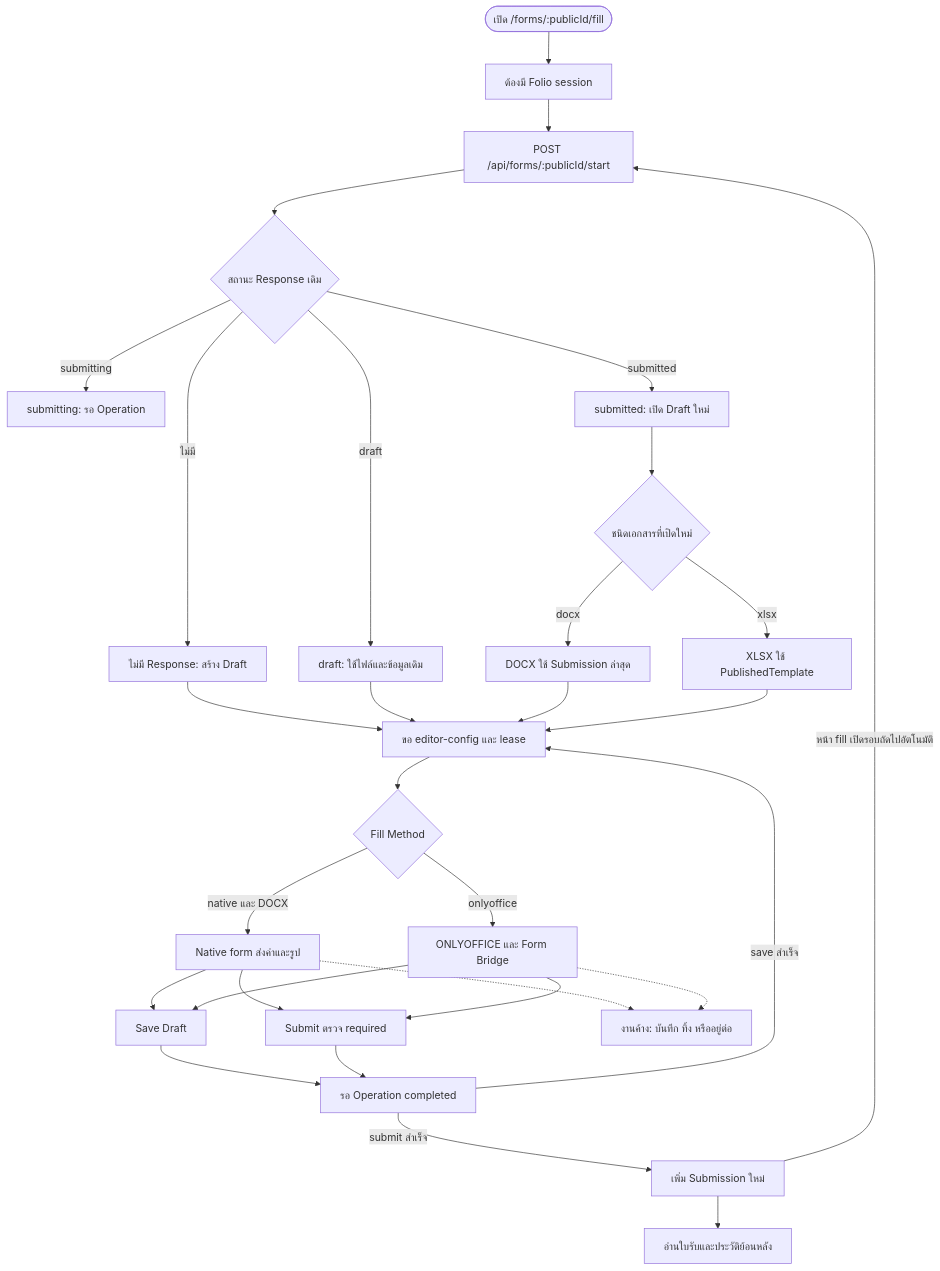
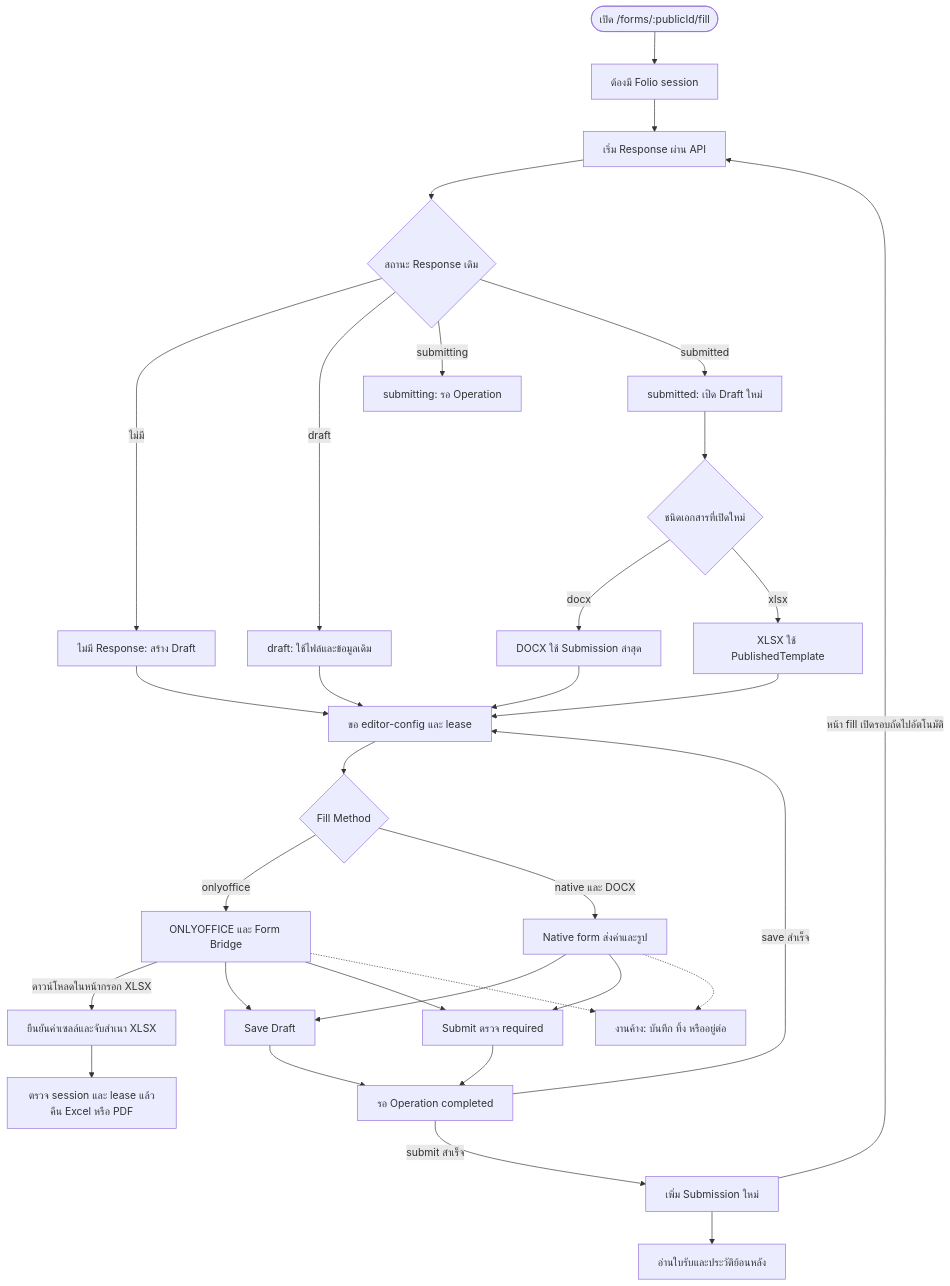
Before and after one commit to AquilaStudio2/folio-forms: the sixth of 23 diagrams in .scratch/system-workflow/system-map.md, drawn with Mermaid. The commit also changed other lines of this file and 27 other files, not shown here.

````diff
--- a/.scratch/system-workflow/system-map.md
+++ b/.scratch/system-workflow/system-map.md
@@ -309,46 +316,49 @@
 ```mermaid
 flowchart TD
     link(["เปิด /forms/:publicId/fill"])
     login["ต้องมี Folio session"]
-    start["POST /api/forms/:publicId/start"]
+    start["เริ่ม Response ผ่าน API"]
     current{"สถานะ Response เดิม"}
     fresh["ไม่มี Response: สร้าง Draft"]
     resume["draft: ใช้ไฟล์และข้อมูลเดิม"]
     busy["submitting: รอ Operation"]
     reopen["submitted: เปิด Draft ใหม่"]
     kind{"ชนิดเอกสารที่เปิดใหม่"}
     docx["DOCX ใช้ Submission ล่าสุด"]
     xlsx["XLSX ใช้ PublishedTemplate"]
     config["ขอ editor-config และ lease"]
     method{"Fill Method"}
+    office["ONLYOFFICE และ Form Bridge"]
+    capture["ยืนยันค่าเซลล์และจับสำเนา XLSX"]
+    file["ตรวจ session และ lease แล้วคืน Excel หรือ PDF"]
     native["Native form ส่งค่าและรูป"]
-    office["ONLYOFFICE และ Form Bridge"]
     save["Save Draft"]
     submit["Submit ตรวจ required"]
     operation["รอ Operation completed"]
     history["เพิ่ม Submission ใหม่"]
     receipt["อ่านใบรับและประวัติย้อนหลัง"]
     exit["งานค้าง: บันทึก ทิ้ง หรืออยู่ต่อ"]
     link --> login --> start --> current
     current -->|"ไม่มี"| fresh --> config
     current -->|"draft"| resume --> config
     current -->|"submitting"| busy
     current -->|"submitted"| reopen --> kind
     kind -->|"docx"| docx --> config
     kind -->|"xlsx"| xlsx --> config
     config --> method
+    method -->|"onlyoffice"| office
+    office -->|"ดาวน์โหลดในหน้ากรอก XLSX"| capture --> file
     method -->|"native และ DOCX"| native
-    method -->|"onlyoffice"| office
+    office --> save
+    office --> submit
     native --> save
-    office --> save
     native --> submit
-    office --> submit
     save --> operation
     submit --> operation
     operation -->|"save สำเร็จ"| config
     operation -->|"submit สำเร็จ"| history
     history -->|"หน้า fill เปิดรอบถัดไปอัตโนมัติ"| start
     history --> receipt
     native -.-> exit
     office -.-> exit
 ```
````
